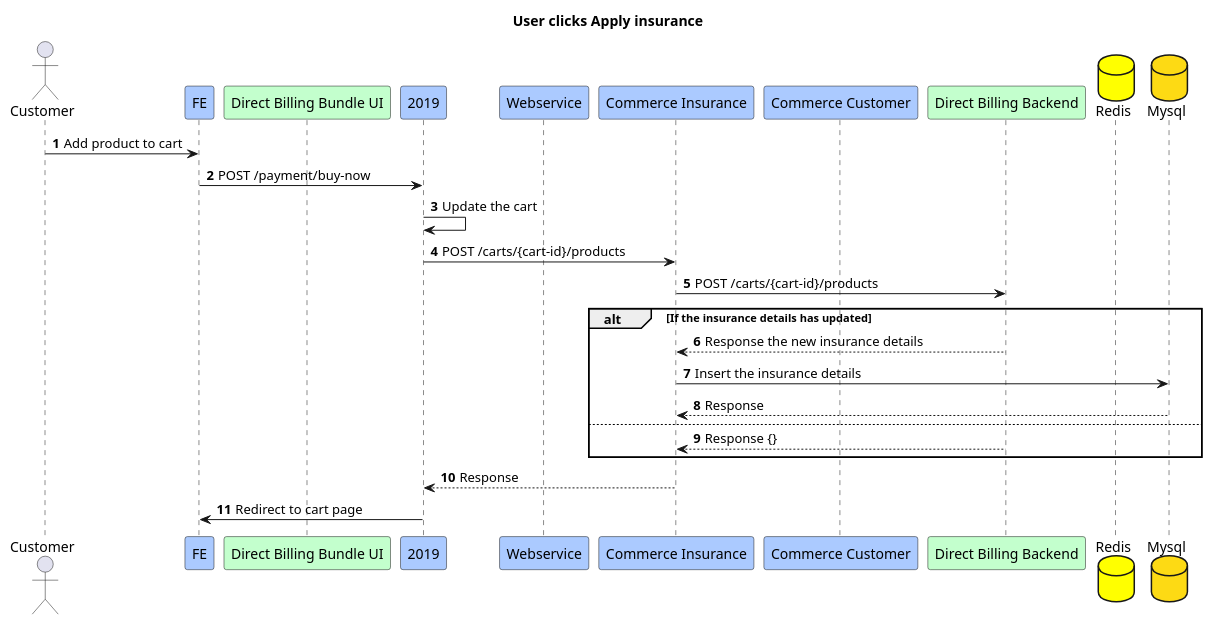
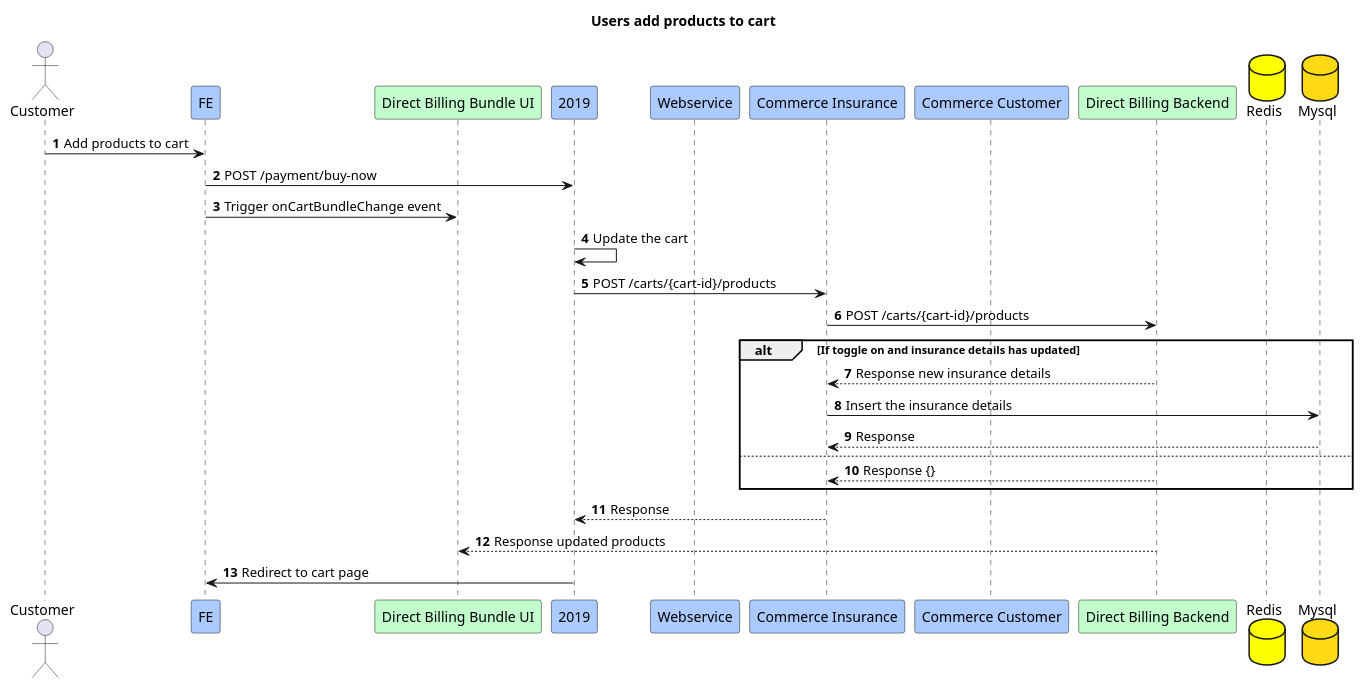
The diagram in 6.Customer adds product to cart.puml (Jayounger/EyeMed-Sequence-Diagram), drawn with PlantUML before and after one commit. The commit also changed 14 other files, not shown here.

Commit message:
update diagram

```diff
--- a/6.Customer adds product to cart.puml
+++ b/6.Customer adds product to cart.puml
@@ -1,30 +1,31 @@
 @startuml
-title User clicks Apply insurance
+title Users add products to cart
 actor Customer
 participant FE #abcaff
 participant "Direct Billing Bundle UI" #c3ffcd
 participant "2019" #abcaff
 participant "Webservice" #abcaff
 participant "Commerce Insurance" #abcaff
 participant "Commerce Customer" #abcaff
 participant "Direct Billing Backend" #c3ffcd
 database "Redis" #yellow
 database "Mysql" #fdda14
 
 autonumber
-Customer -> FE:Add product to cart
+Customer -> FE:Add products to cart
 FE -> 2019:POST /payment/buy-now
+FE -> "Direct Billing Bundle UI":Trigger onCartBundleChange event
 2019 -> 2019:Update the cart
 2019 -> "Commerce Insurance":POST /carts/{cart-id}/products
 "Commerce Insurance" -> "Direct Billing Backend":POST /carts/{cart-id}/products
-alt If the insurance details has updated
-    "Direct Billing Backend" --> "Commerce Insurance":Response the new insurance details
+alt If toggle on and insurance details has updated
+    "Direct Billing Backend" --> "Commerce Insurance":Response new insurance details
     "Commerce Insurance" -> "Mysql":Insert the insurance details
     "Mysql" --> "Commerce Insurance":Response
-else
+else 
     "Direct Billing Backend" --> "Commerce Insurance":Response {}
 end
 "Commerce Insurance" --> 2019:Response
+"Direct Billing Backend" --> "Direct Billing Bundle UI":Response updated products
 "2019" -> FE:Redirect to cart page
-
 @enduml
```
